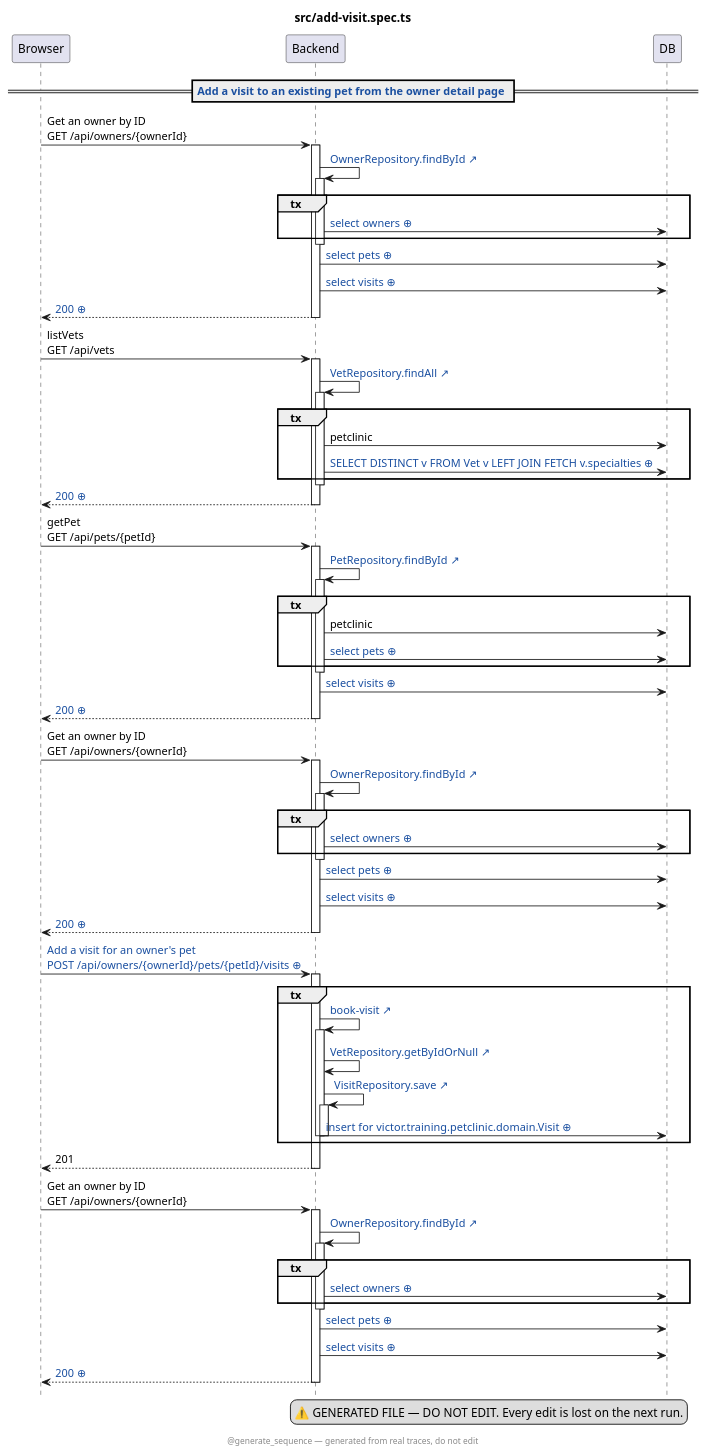
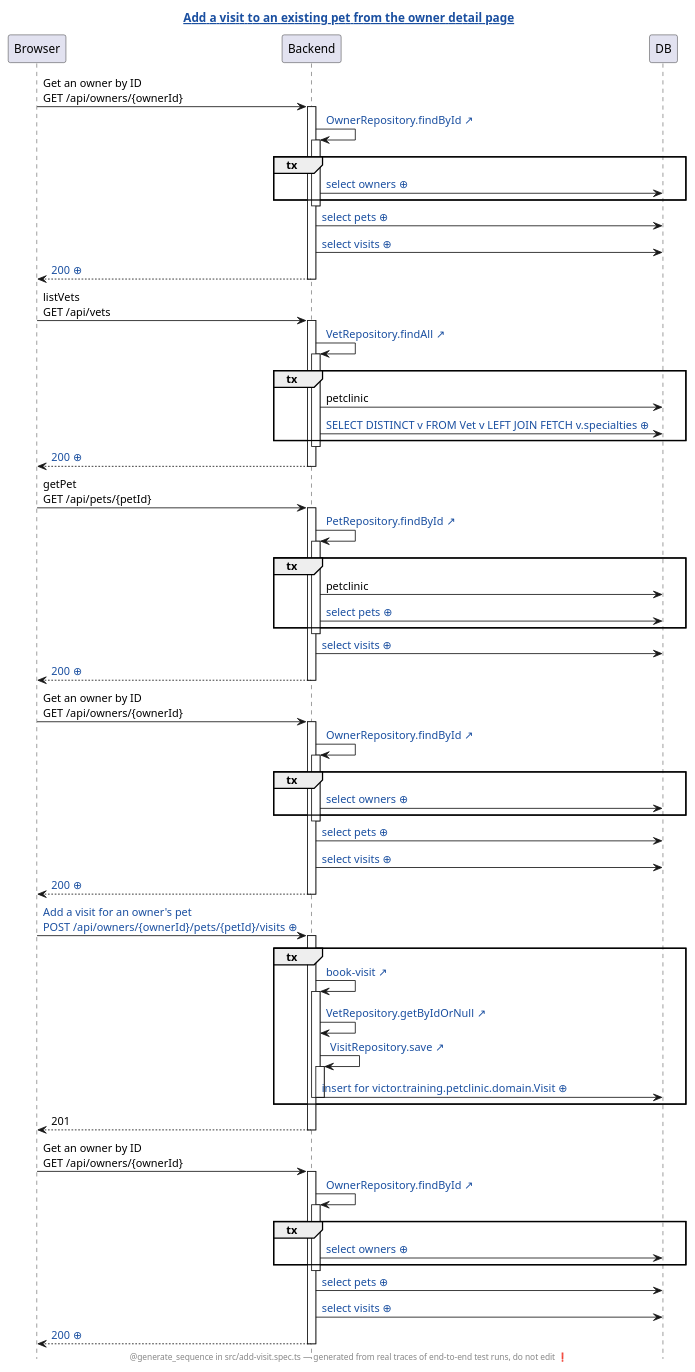
Before and after one commit to kashann/petclinic: the diagram in petclinic-test/src/add-visit.spec.ts.add-a-visit-to-an-existing-pet-from-the-owner-detail-page.genseq.puml, drawn with PlantUML. The commit also changed 11 other files, not shown here.

First line of the commit message:
genseq: the scenario names the picture, and @GenerateSequence marks one test

```diff
--- a/petclinic-test/src/add-visit.spec.ts.add-a-visit-to-an-existing-pet-from-the-owner-detail-page.genseq.puml
+++ b/petclinic-test/src/add-visit.spec.ts.add-a-visit-to-an-existing-pet-from-the-owner-detail-page.genseq.puml
@@ -1,88 +1,84 @@
 @startuml
 ' ⚠️  GENERATED FILE — DO NOT EDIT. Every edit is lost on the next run.
 hide footbox
 skinparam hyperlinkUnderline false
 skinparam hyperlinkColor #1A4FA0
-title src/add-visit.spec.ts
-legend right
-  ⚠️  GENERATED FILE — DO NOT EDIT. Every edit is lost on the next run.
-end legend
-footer @generate_sequence — generated from real traces, do not edit
+title [[src://petclinic-test/src/add-visit.spec.ts:35{Click to open the test} Add a visit to an existing pet from the owner detail page]]
+footer @generate_sequence in src/add-visit.spec.ts — generated from real traces of end-to-end test runs, do not edit ❗
 participant Browser
 participant Backend
 participant DB
-== [[src://petclinic-test/src/add-visit.spec.ts:35{Click to open the test} Add a visit to an existing pet from the owner detail page]] ==
 Browser -> Backend: Get an owner by ID\nGET /api/owners/{ownerId}
 activate Backend
 Backend -> Backend: [[src://petclinic-backend/src/main/java/victor/training/petclinic/repository/OwnerRepository.java:14{Click to open OwnerRepository.findById} OwnerRepository.findById ↗]]
 activate Backend
 group tx
 Backend -> DB: [[genseq://0totfe9{Click for the statement behind this call} select owners ⊕]]
 end
 deactivate Backend
 Backend -> DB: [[genseq://1hjadar{Click for the statement behind this call} select pets ⊕]]
 Backend -> DB: [[genseq://1bcshtp{Click for the statement behind this call} select visits ⊕]]
 Backend --> Browser: [[genseq://0ej9ixy{Click for this call’s JSON body} 200 ⊕]]
 deactivate Backend
 Browser -> Backend: listVets\nGET /api/vets
 activate Backend
 Backend -> Backend: [[src://petclinic-backend/src/main/java/victor/training/petclinic/repository/VetRepository.java:13{Click to open VetRepository.findAll} VetRepository.findAll ↗]]
 activate Backend
 group tx
 Backend -> DB: petclinic
 Backend -> DB: [[genseq://0p6yxbc{Click for the statement behind this call} SELECT DISTINCT v FROM Vet v LEFT JOIN FETCH v.specialties ⊕]]
 end
 deactivate Backend
 Backend --> Browser: [[genseq://1nmg2oo{Click for this call’s JSON body} 200 ⊕]]
 deactivate Backend
 Browser -> Backend: getPet\nGET /api/pets/{petId}
 activate Backend
 Backend -> Backend: [[src://petclinic-backend/src/main/java/victor/training/petclinic/repository/PetRepository.java:16{Click to open PetRepository.findById} PetRepository.findById ↗]]
 activate Backend
 group tx
 Backend -> DB: petclinic
 Backend -> DB: [[genseq://0jw0huv{Click for the statement behind this call} select pets ⊕]]
 end
 deactivate Backend
 Backend -> DB: [[genseq://1bcshtp{Click for the statement behind this call} select visits ⊕]]
 Backend --> Browser: [[genseq://042b6zc{Click for this call’s JSON body} 200 ⊕]]
 deactivate Backend
 Browser -> Backend: Get an owner by ID\nGET /api/owners/{ownerId}
 activate Backend
 Backend -> Backend: [[src://petclinic-backend/src/main/java/victor/training/petclinic/repository/OwnerRepository.java:14{Click to open OwnerRepository.findById} OwnerRepository.findById ↗]]
 activate Backend
 group tx
 Backend -> DB: [[genseq://0totfe9{Click for the statement behind this call} select owners ⊕]]
 end
 deactivate Backend
 Backend -> DB: [[genseq://1hjadar{Click for the statement behind this call} select pets ⊕]]
 Backend -> DB: [[genseq://1bcshtp{Click for the statement behind this call} select visits ⊕]]
 Backend --> Browser: [[genseq://0ej9ixy{Click for this call’s JSON body} 200 ⊕]]
 deactivate Backend
 Browser -> Backend: [[genseq://0f2uid9{Click for this call’s JSON body} Add a visit for an owner's pet\nPOST /api/owners/{ownerId}/pets/{petId}/visits ⊕]]
 activate Backend
 group tx
 Backend -> Backend: [[src://petclinic-backend/src/main/java/victor/training/petclinic/rest/OwnerRestController.java:193{Click to open OwnerRestController.bookVisit} book-visit ↗]]
 activate Backend
 Backend -> Backend: [[src://petclinic-backend/src/main/java/victor/training/petclinic/repository/VetRepository.java:29{Click to open VetRepository.getByIdOrNull} VetRepository.getByIdOrNull ↗]]
 Backend -> Backend: [[src://petclinic-backend/src/main/java/victor/training/petclinic/repository/VisitRepository.java:14{Click to open VisitRepository.save} VisitRepository.save ↗]]
 activate Backend
 Backend -> DB: [[genseq://0n8lru3{Click for the statement behind this call} insert for victor.training.petclinic.domain.Visit ⊕]]
 deactivate Backend
 deactivate Backend
 end
 Backend --> Browser: 201
 deactivate Backend
 Browser -> Backend: Get an owner by ID\nGET /api/owners/{ownerId}
 activate Backend
 Backend -> Backend: [[src://petclinic-backend/src/main/java/victor/training/petclinic/repository/OwnerRepository.java:14{Click to open OwnerRepository.findById} OwnerRepository.findById ↗]]
 activate Backend
 group tx
 Backend -> DB: [[genseq://0totfe9{Click for the statement behind this call} select owners ⊕]]
 end
 deactivate Backend
 Backend -> DB: [[genseq://1hjadar{Click for the statement behind this call} select pets ⊕]]
 Backend -> DB: [[genseq://1bcshtp{Click for the statement behind this call} select visits ⊕]]
 Backend --> Browser: [[genseq://162q2qc{Click for this call’s JSON body} 200 ⊕]]
 deactivate Backend
 @enduml
```
